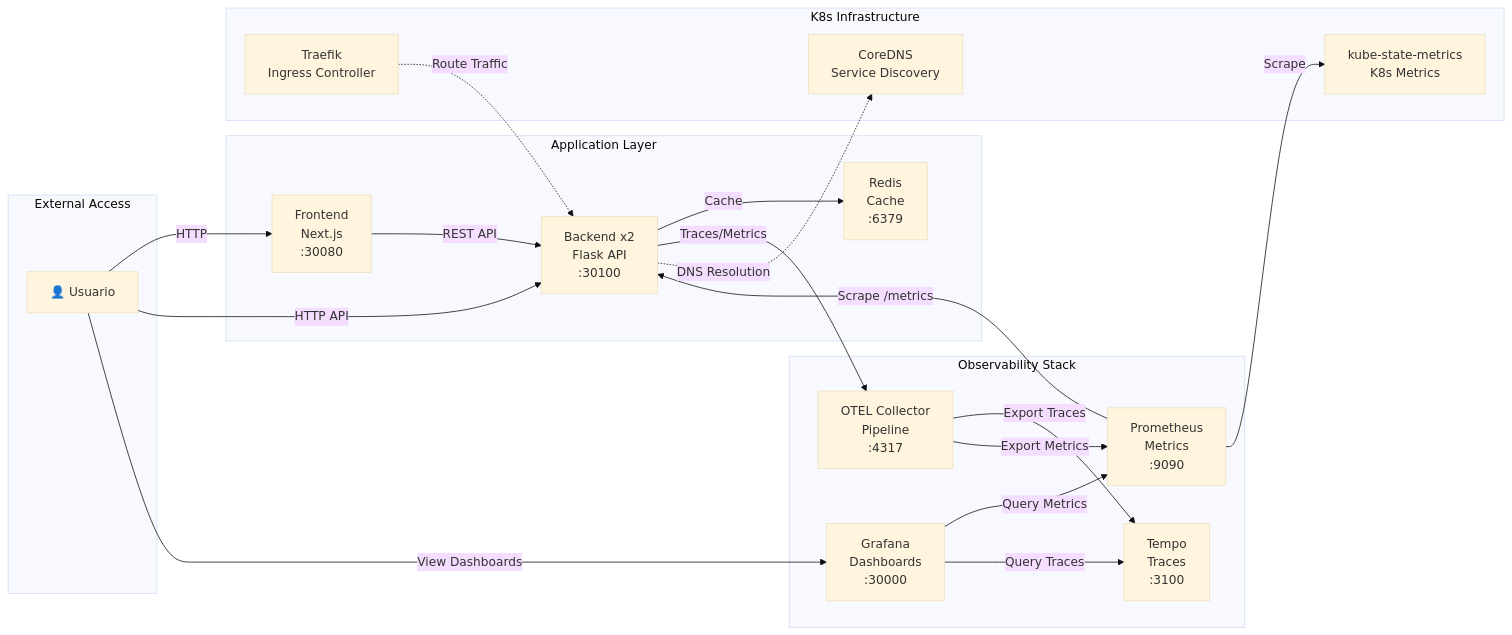
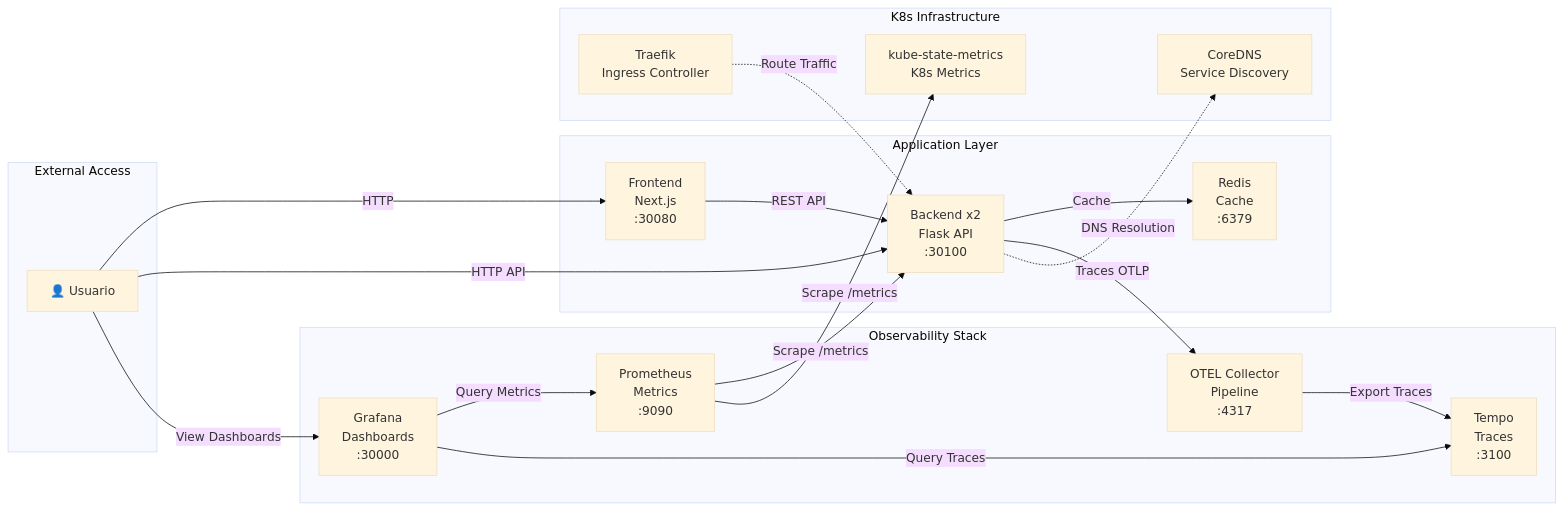
The second of 6 diagrams in ARQUITECTURA.md (Andre-Leandro/Description-Evaluator), drawn with Mermaid (base theme) before and after one commit. The commit also changed other lines of this file, not shown here.

Commit message:
Actualizar la documentación de arquitectura para reflejar cambios en la exportación de trazas y métricas en el flujo de datos.

````diff
--- a/ARQUITECTURA.md
+++ b/ARQUITECTURA.md
@@ -64,45 +64,44 @@
 ```mermaid
 graph LR
     subgraph "External Access"
         USER["👤 Usuario"]
     end
 
     subgraph "Application Layer"
         FRONT["Frontend<br/>Next.js<br/>:30080"]
         BACK["Backend x2<br/>Flask API<br/>:30100"]
         REDIS["Redis<br/>Cache<br/>:6379"]
     end
 
     subgraph "Observability Stack"
         GRAF["Grafana<br/>Dashboards<br/>:30000"]
         PROM["Prometheus<br/>Metrics<br/>:9090"]
         TEMPO["Tempo<br/>Traces<br/>:3100"]
         OTEL["OTEL Collector<br/>Pipeline<br/>:4317"]
     end
 
     subgraph "K8s Infrastructure"
         KSMTX["kube-state-metrics<br/>K8s Metrics"]
         COREDNS["CoreDNS<br/>Service Discovery"]
         TRAEFIK["Traefik<br/>Ingress Controller"]
     end
 
     USER -->|HTTP| FRONT
     USER -->|HTTP API| BACK
     USER -->|View Dashboards| GRAF
 
     FRONT -->|REST API| BACK
     BACK -->|Cache| REDIS
-    BACK -->|Traces/Metrics| OTEL
+    BACK -->|Traces OTLP| OTEL
 
     OTEL -->|Export Traces| TEMPO
-    OTEL -->|Export Metrics| PROM
 
     PROM -->|Scrape /metrics| BACK
-    PROM -->|Scrape| KSMTX
+    PROM -->|Scrape /metrics| KSMTX
 
     GRAF -->|Query Metrics| PROM
     GRAF -->|Query Traces| TEMPO
 
     BACK -.->|DNS Resolution| COREDNS
     TRAEFIK -.->|Route Traffic| BACK
 ```
````
